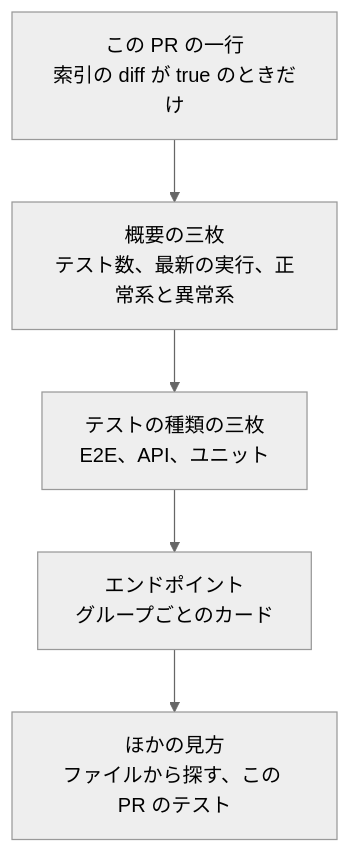
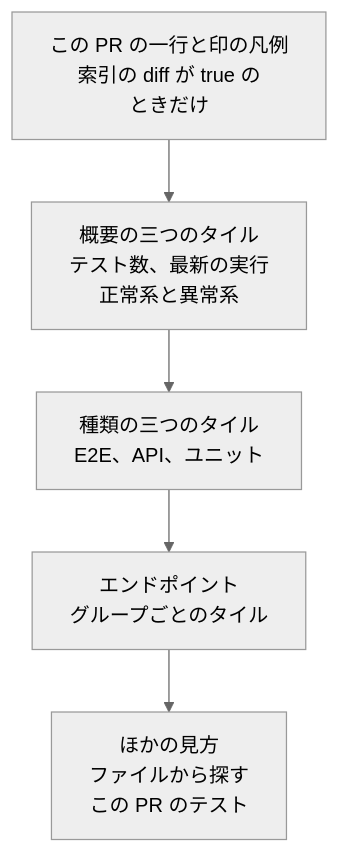
Before and after one commit to maronnjapan/maronn-openid-connect: diagram 19 of 42 in apps/tests/docs/06-viewer.md, drawn with Mermaid (neutral theme). The commit also changed other lines of this file and 11 other files, not shown here.

````diff
--- a/apps/tests/docs/06-viewer.md
+++ b/apps/tests/docs/06-viewer.md
@@ -1014,9 +1423,9 @@
 ```mermaid
 flowchart TB
-  PR["この PR の一行<br/>索引の diff が true のときだけ"]
-  TILES["概要の三枚<br/>テスト数、最新の実行、正常系と異常系"]
-  KINDS["テストの種類の三枚<br/>E2E、API、ユニット"]
-  EPS["エンドポイント<br/>グループごとのカード"]
-  LINKS["ほかの見方<br/>ファイルから探す、この PR のテスト"]
+  PR["この PR の一行と印の凡例<br/>索引の diff が true の<br/>ときだけ"]
+  TILES["概要の三つのタイル<br/>テスト数、最新の実行<br/>正常系と異常系"]
+  KINDS["種類の三つのタイル<br/>E2E、API、ユニット"]
+  EPS["エンドポイント<br/>グループごとのタイル"]
+  LINKS["ほかの見方<br/>ファイルから探す<br/>この PR のテスト"]
   PR --> TILES --> KINDS --> EPS --> LINKS
 ```
````
